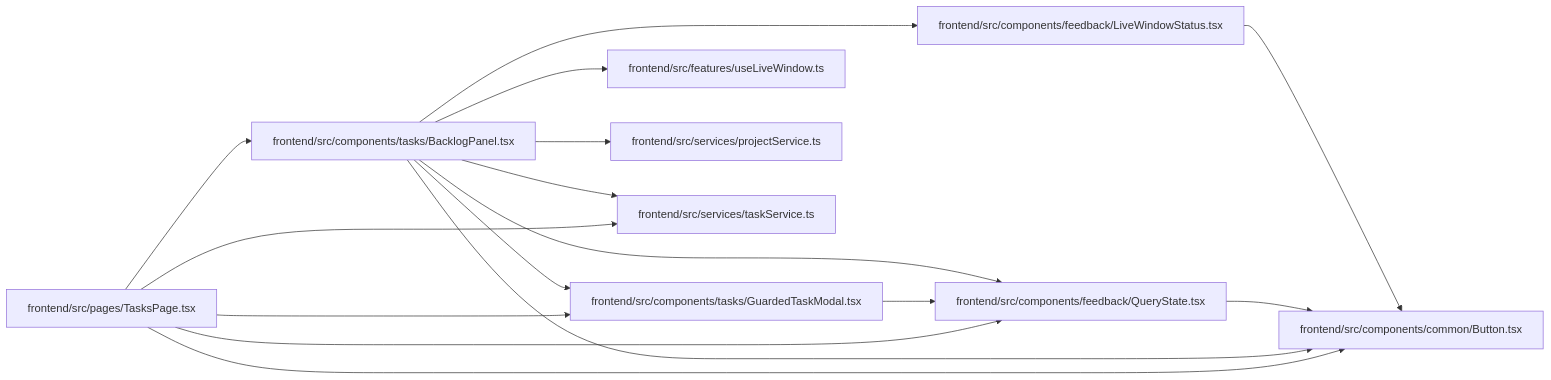
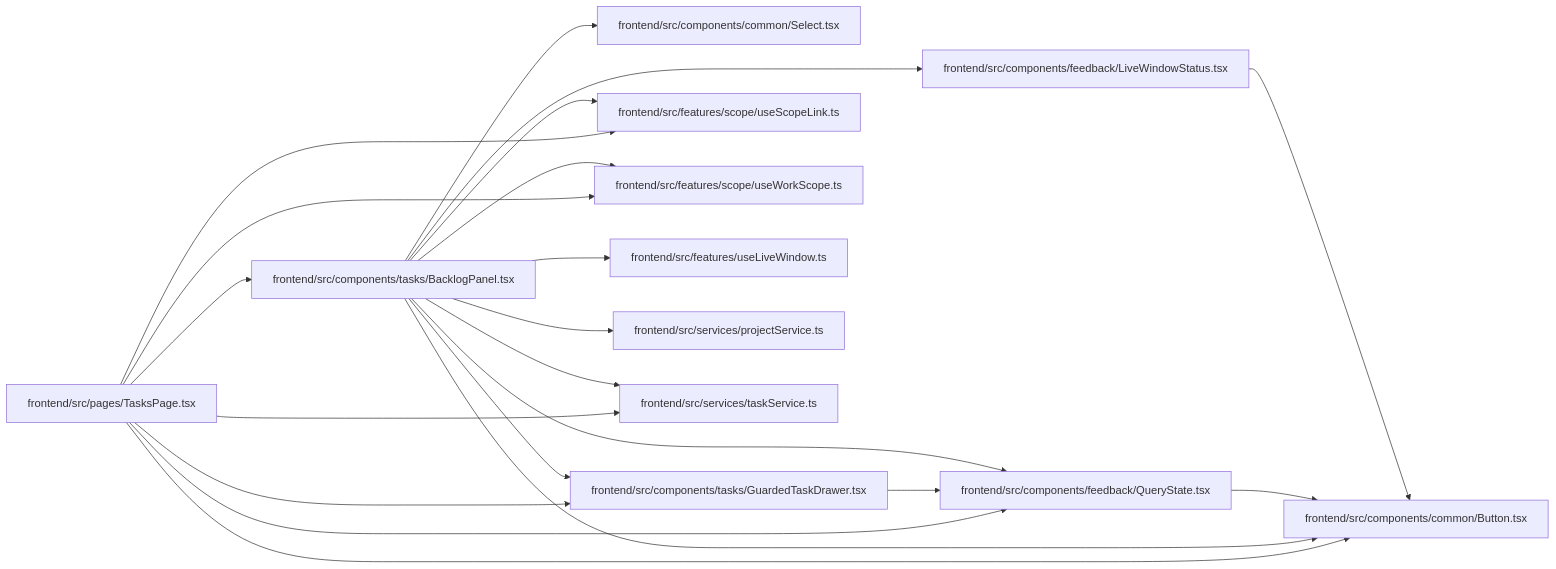
Before and after one commit to Denissvgn/WorkChord: the diagram in docs/llm_wiki/modules/BacklogPanel.md, drawn with Mermaid. The commit also changed other lines of this file and 2373 other files, not shown here.

````diff
--- a/docs/llm_wiki/modules/BacklogPanel.md
+++ b/docs/llm_wiki/modules/BacklogPanel.md
@@ -34,36 +37,47 @@
 ```mermaid
 flowchart LR
     n0["frontend/src/components/common/Button.tsx"]
-    n1["frontend/src/components/feedback/LiveWindowStatus.tsx"]
-    n2["frontend/src/components/feedback/QueryState.tsx"]
-    n3["frontend/src/components/tasks/BacklogPanel.tsx"]
-    n4["frontend/src/components/tasks/GuardedTaskModal.tsx"]
-    n5["frontend/src/features/useLiveWindow.ts"]
-    n6["frontend/src/pages/TasksPage.tsx"]
-    n7["frontend/src/services/projectService.ts"]
-    n8["frontend/src/services/taskService.ts"]
-    n1 --> n0
+    n1["frontend/src/components/common/Select.tsx"]
+    n2["frontend/src/components/feedback/LiveWindowStatus.tsx"]
+    n3["frontend/src/components/feedback/QueryState.tsx"]
+    n4["frontend/src/components/tasks/BacklogPanel.tsx"]
+    n5["frontend/src/components/tasks/GuardedTaskDrawer.tsx"]
+    n6["frontend/src/features/scope/useScopeLink.ts"]
+    n7["frontend/src/features/scope/useWorkScope.ts"]
+    n8["frontend/src/features/useLiveWindow.ts"]
+    n9["frontend/src/pages/TasksPage.tsx"]
+    n10["frontend/src/services/projectService.ts"]
+    n11["frontend/src/services/taskService.ts"]
     n2 --> n0
     n3 --> n0
-    n3 --> n1
-    n3 --> n2
-    n3 --> n4
-    n3 --> n5
-    n3 --> n7
-    n3 --> n8
+    n4 --> n0
+    n4 --> n1
     n4 --> n2
-    n6 --> n0
-    n6 --> n2
-    n6 --> n3
-    n6 --> n4
-    n6 --> n8
+    n4 --> n3
+    n4 --> n5
+    n4 --> n6
+    n4 --> n7
+    n4 --> n8
+    n4 --> n10
+    n4 --> n11
+    n5 --> n3
+    n9 --> n0
+    n9 --> n3
+    n9 --> n4
+    n9 --> n5
+    n9 --> n6
+    n9 --> n7
+    n9 --> n11
     click n0 "../modules/Button.md"
-    click n1 "../modules/LiveWindowStatus.md"
-    click n2 "../modules/QueryState.md"
-    click n3 "../modules/BacklogPanel.md"
-    click n4 "../modules/GuardedTaskModal.md"
-    click n5 "../modules/useLiveWindow.md"
-    click n6 "../modules/TasksPage.md"
-    click n7 "../modules/projectService.md"
-    click n8 "../modules/taskService.md"
+    click n1 "../modules/Select.md"
+    click n2 "../modules/LiveWindowStatus.md"
+    click n3 "../modules/QueryState.md"
+    click n4 "../modules/BacklogPanel.md"
+    click n5 "../modules/GuardedTaskDrawer.md"
+    click n6 "../modules/useScopeLink.md"
+    click n7 "../modules/useWorkScope.md"
+    click n8 "../modules/useLiveWindow.md"
+    click n9 "../modules/TasksPage.md"
+    click n10 "../modules/projectService.md"
+    click n11 "../modules/taskService.md"
 ```
````
